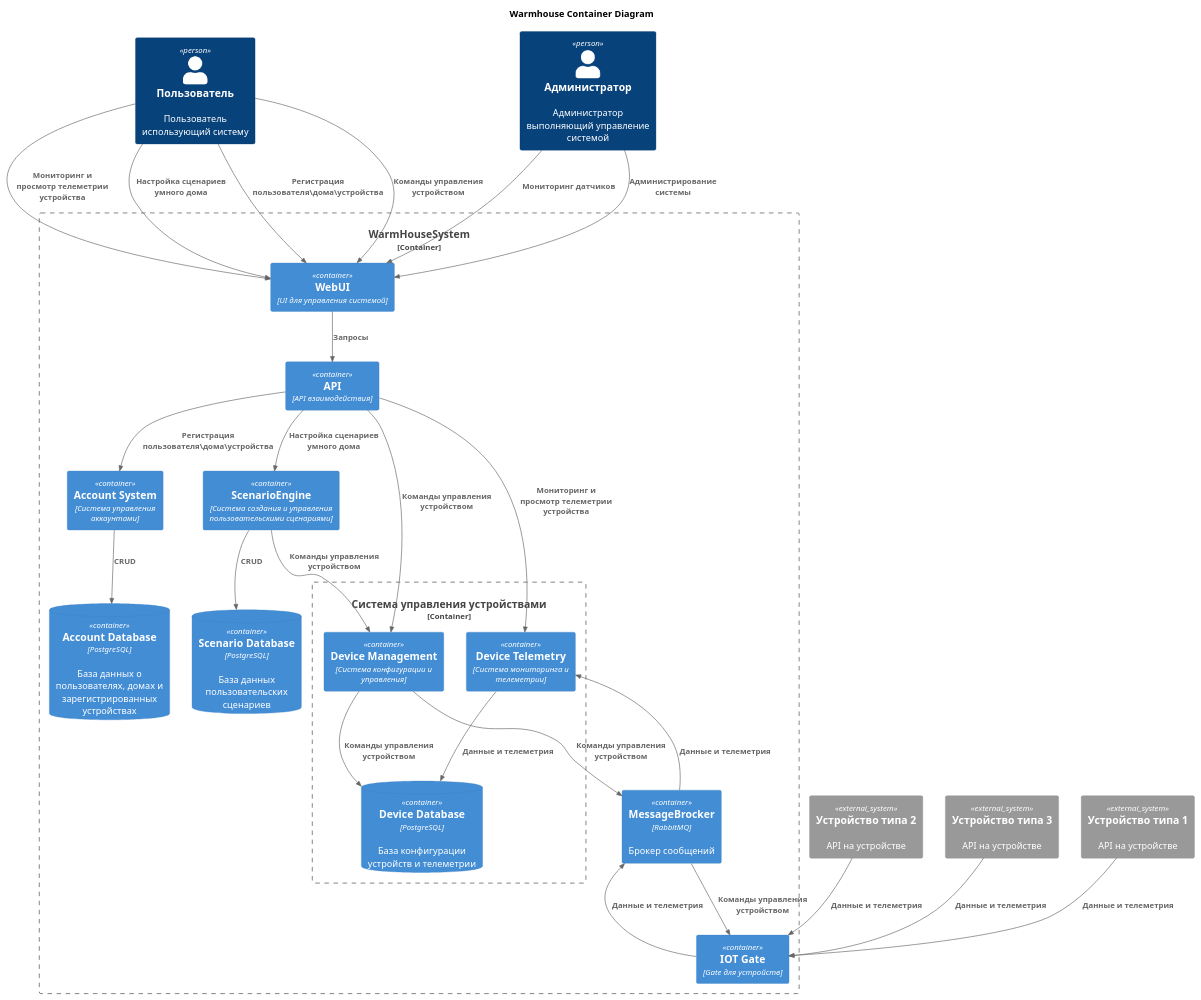
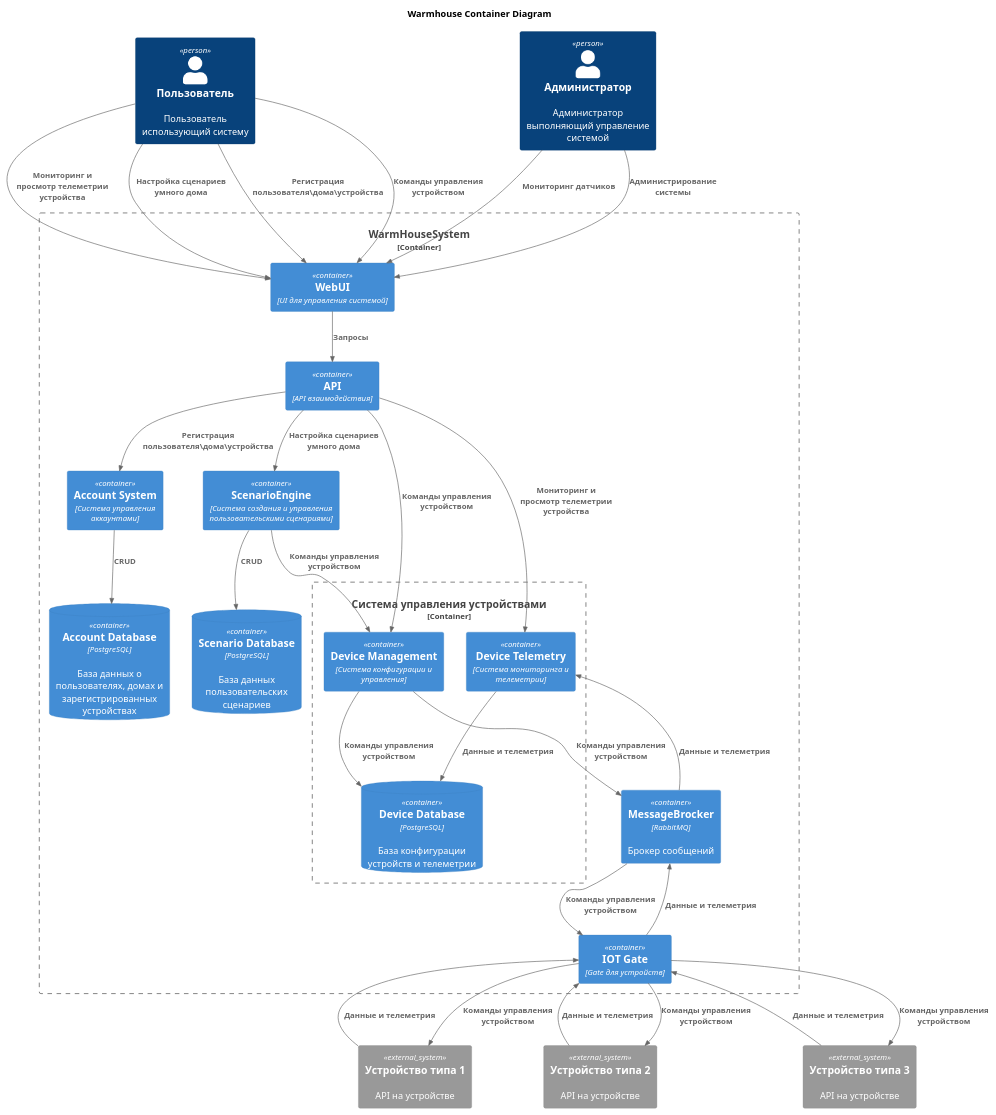
The diagram in Schemes/C4_Container_Diagram.puml (MasterKhajiit/architecture-warmhouse-1), drawn with PlantUML before and after one commit. The commit also changed 2 other files, not shown here.

Commit message:
Fix C4_Container_Diagram.puml and PNG

```diff
--- a/Schemes/C4_Container_Diagram.puml
+++ b/Schemes/C4_Container_Diagram.puml
@@ -1,64 +1,67 @@
 @startuml
 title Warmhouse Container Diagram
 
-!include https://raw.githubusercontent.com/RicardoNiepel/C4-PlantUML/master/C4_Container.puml
+!include https://raw.githubusercontent.com/plantuml-stdlib/C4-PlantUML/master/C4_Container.puml
 
 Person(user, "Пользователь", "Пользователь использующий систему")
 Person(admin, "Администратор", "Администратор выполняющий управление системой")
 
 Container_Boundary(WarmHouseSystem, "WarmHouseSystem") {
     Container(WebUI, "WebUI", "UI для управления системой")
     Container(APIGate, "API", "API взаимодействия")
     Container(IOTGate, "IOT Gate", "Gate для устройств")
 
     Container(AccountMGM, "Account System", "Система управления аккаунтами")
     ContainerDb(AccountDb, "Account Database", "PostgreSQL", "База данных о пользователях, домах и зарегистрированных устройствах")
 
     Container(ScenarioEngine, "ScenarioEngine", "Система создания и управления пользовательскими сценариями")
     ContainerDb(ScenarioDb, "Scenario Database", "PostgreSQL", "База данных пользовательских сценариев")
 
     Container_Boundary(DeviceMGM, "Система управления устройствами") {
         Container(Management, "Device Management", "Система конфигурации и управления")
         Container(Telemetry, "Device Telemetry", "Система мониторинга и телеметрии")
         ContainerDb(DeviceDb, "Device Database", "PostgreSQL", "База конфигурации устройств и телеметрии")
     }
     Container(MessageBrocker, "MessageBrocker", "RabbitMQ",  "Брокер сообщений")
 }
 
 System_Ext(sensor1, "Устройство типа 1", "API на устройстве")
 System_Ext(sensor2, "Устройство типа 2", "API на устройстве")
 System_Ext(sensor3, "Устройство типа 3", "API на устройстве")
 
 Rel(user, WebUI, "Регистрация пользователя\дома\устройства")
 Rel(user, WebUI, "Команды управления устройством")
 Rel(user, WebUI, "Мониторинг и просмотр телеметрии устройства")
 Rel(user, WebUI, "Настройка сценариев умного дома")
 
 Rel(admin, WebUI, "Мониторинг датчиков")
 Rel(admin, WebUI, "Администрирование системы")
 
 Rel(WebUI, APIGate, "Запросы")
 
 Rel(APIGate, AccountMGM, "Регистрация пользователя\дома\устройства")
 Rel(AccountMGM, AccountDb, "CRUD")
 
 Rel(APIGate, ScenarioEngine, "Настройка сценариев умного дома")
 Rel(ScenarioEngine, ScenarioDb, "CRUD")
 Rel(ScenarioEngine, Management, "Команды управления устройством")
 
 Rel(APIGate, Management, "Команды управления устройством")
 Rel(Management, DeviceDb, "Команды управления устройством")
 Rel(Management, MessageBrocker, "Команды управления устройством")
 
 Rel(APIGate, Telemetry, "Мониторинг и просмотр телеметрии устройства")
 Rel(MessageBrocker, Telemetry, "Данные и телеметрия")
 Rel(Telemetry, DeviceDb, "Данные и телеметрия")
 
 Rel(MessageBrocker, IOTGate, "Команды управления устройством")
 Rel(IOTGate, MessageBrocker, "Данные и телеметрия")
 
+Rel(IOTGate, sensor1, "Команды управления устройством")
+Rel(IOTGate, sensor2, "Команды управления устройством")
+Rel(IOTGate, sensor3, "Команды управления устройством")
+
 Rel(sensor1, IOTGate, "Данные и телеметрия")
 Rel(sensor2, IOTGate, "Данные и телеметрия")
 Rel(sensor3, IOTGate, "Данные и телеметрия")
-
 @enduml
```
